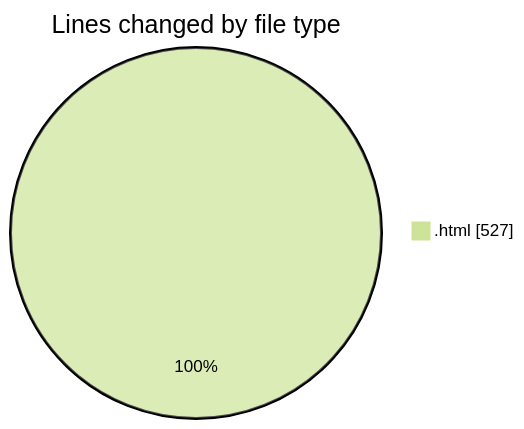
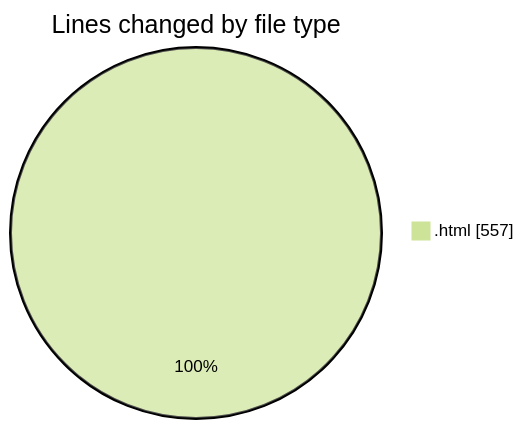
One commit to LanceThiago/code-tracking changed the first of 2 diagrams in 2025-01-08/nueva_carpeta/README.md. Above: the diagram before and after it, drawn with Mermaid (forest theme). The commit also changed other lines of this file and 1 other file, not shown here.

````diff
--- a/2025-01-08/nueva_carpeta/README.md
+++ b/2025-01-08/nueva_carpeta/README.md
@@ -20,5 +20,5 @@
 ```mermaid
 pie showData
 title Lines changed by file type
-".html" : 527
+".html" : 557
 ```
````
